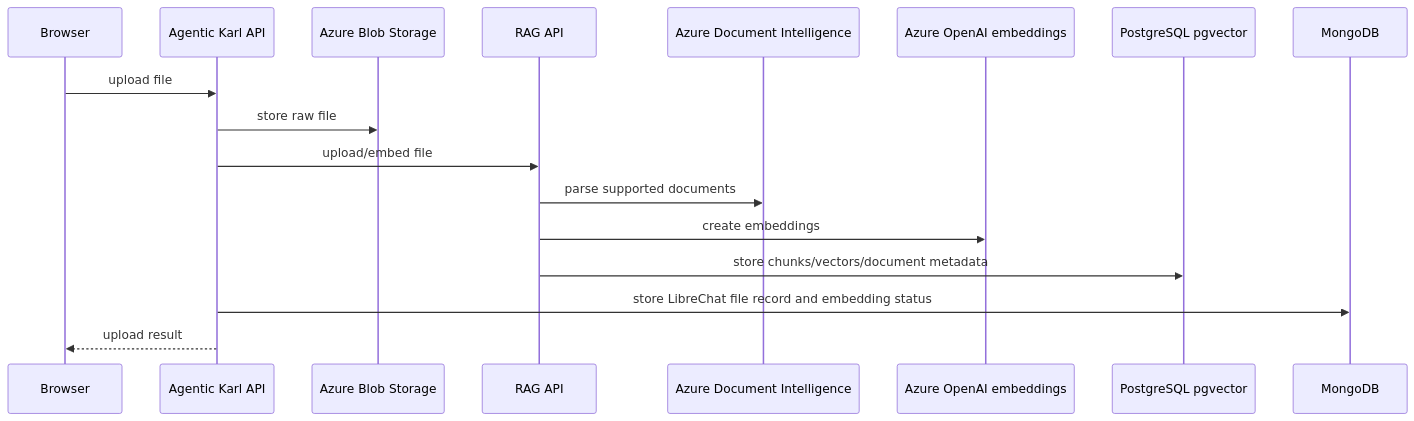
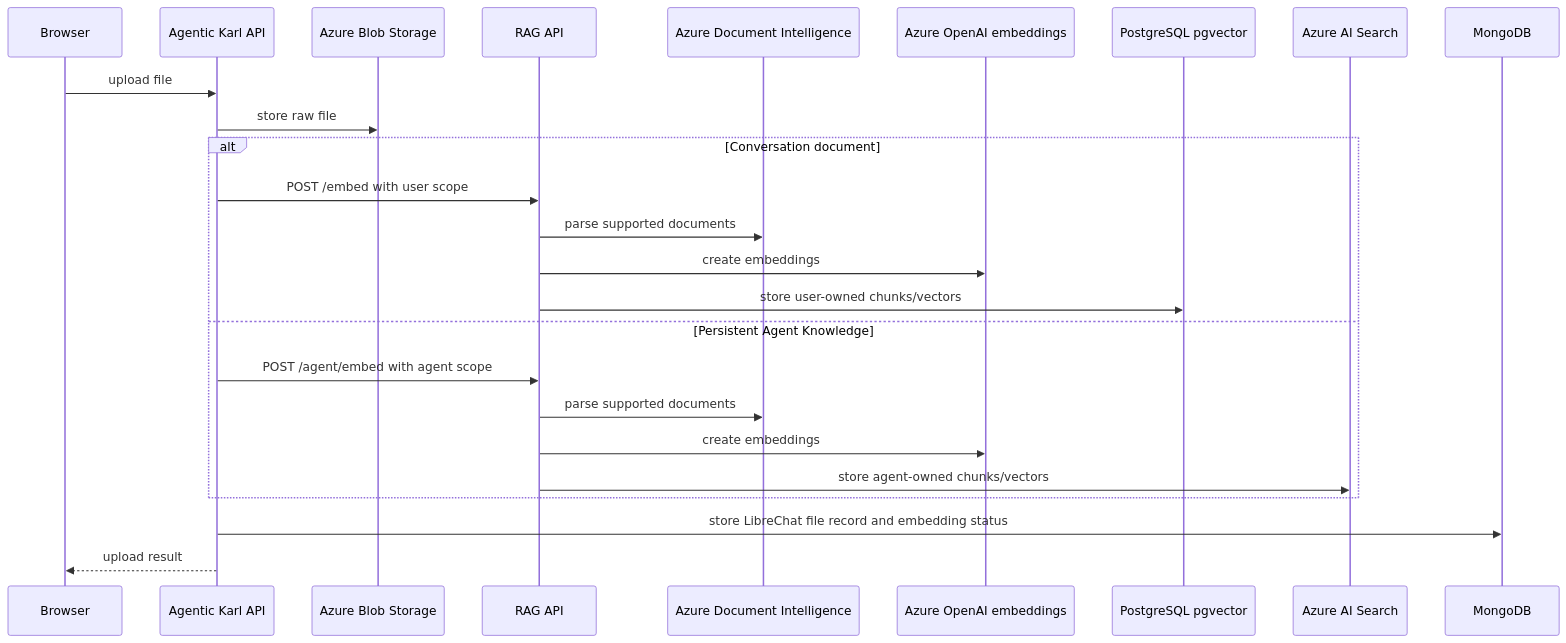
One commit to Falenos/LibreChat changed the seventh of 10 diagrams in knauf/docs/reference/agentic-karl-architecture.md. Above: the diagram before and after it, drawn with Mermaid. The commit also changed other lines of this file and 8 other files, not shown here.

Commit message:
docs: define dual-backend agent retrieval architecture

````diff
--- a/knauf/docs/reference/agentic-karl-architecture.md
+++ b/knauf/docs/reference/agentic-karl-architecture.md
@@ -673,20 +684,28 @@
 ```mermaid
 sequenceDiagram
   participant Browser as Browser
   participant API as Agentic Karl API
   participant Blob as Azure Blob Storage
   participant RAG as RAG API
   participant DI as Azure Document Intelligence
   participant OpenAI as Azure OpenAI embeddings
   participant PG as PostgreSQL pgvector
+  participant Search as Azure AI Search
   participant Mongo as MongoDB
 
   Browser->>API: upload file
   API->>Blob: store raw file
-  API->>RAG: upload/embed file
-  RAG->>DI: parse supported documents
-  RAG->>OpenAI: create embeddings
-  RAG->>PG: store chunks/vectors/document metadata
+  alt Conversation document
+    API->>RAG: POST /embed with user scope
+    RAG->>DI: parse supported documents
+    RAG->>OpenAI: create embeddings
+    RAG->>PG: store user-owned chunks/vectors
+  else Persistent Agent Knowledge
+    API->>RAG: POST /agent/embed with agent scope
+    RAG->>DI: parse supported documents
+    RAG->>OpenAI: create embeddings
+    RAG->>Search: store agent-owned chunks/vectors
+  end
   API->>Mongo: store LibreChat file record and embedding status
   API-->>Browser: upload result
 ```
````
